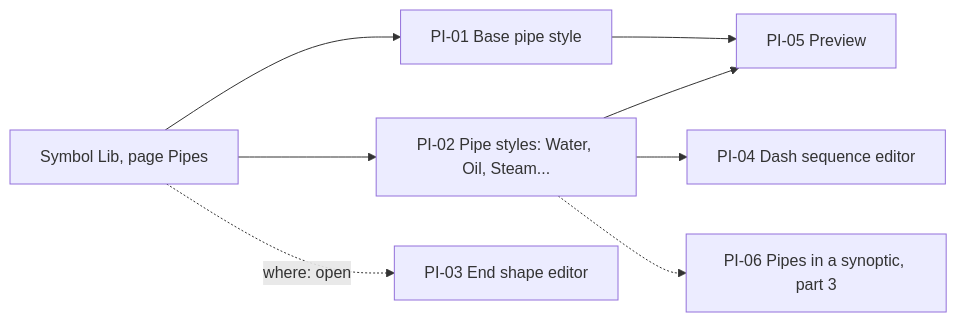
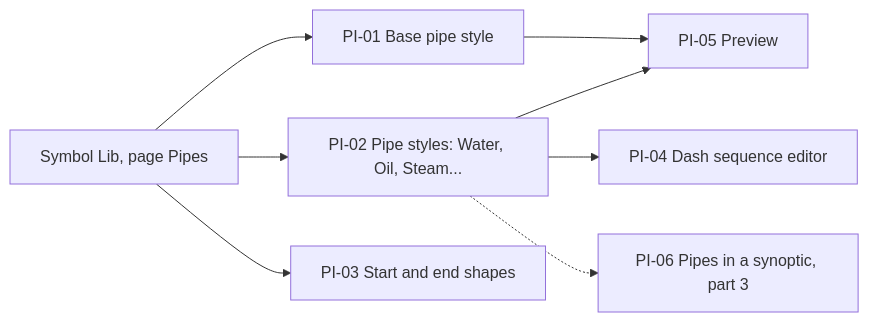
The first of 8 diagrams in screens/pipes.md (AlexandreGallais/synoptic-studio-spec), drawn with Mermaid before and after one commit. The commit also changed other lines of this file and 7 other files, not shown here.

First line of the commit message:
docs(pipes): give start and end shapes their own list on the pipes page

````diff
--- a/screens/pipes.md
+++ b/screens/pipes.md
@@ -9,10 +9,10 @@
 ```mermaid
 flowchart LR
     LIB["Symbol Lib, page Pipes"] --> BASE["PI-01 Base pipe style"]
     LIB --> STY["PI-02 Pipe styles: Water, Oil, Steam..."]
-    LIB -.->|"where: open"| END["PI-03 End shape editor"]
+    LIB --> END["PI-03 Start and end shapes"]
     STY --> DASH["PI-04 Dash sequence editor"]
     BASE --> PRE["PI-05 Preview"]
     STY --> PRE
     STY -.-> SYN["PI-06 Pipes in a synoptic, part 3"]
 ```
````
